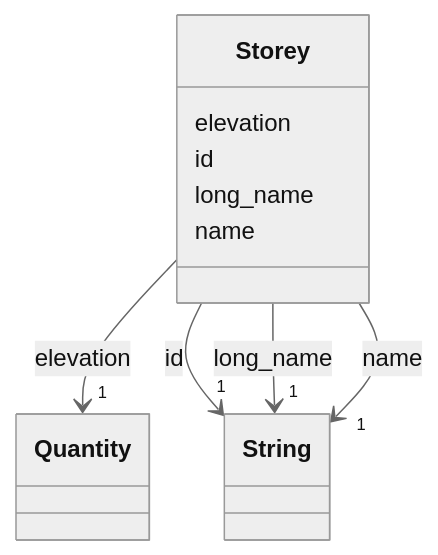
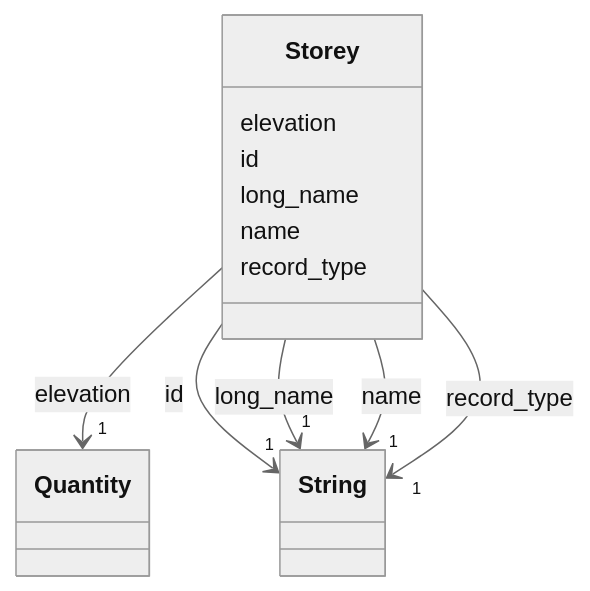
Before and after one commit to maikeljsb/rcpc-schema: the diagram in docs/model/product/Storey.md, drawn with Mermaid (neutral theme). The commit also changed other lines of this file and 41 other files, not shown here.

````diff
--- a/docs/model/product/Storey.md
+++ b/docs/model/product/Storey.md
@@ -23,50 +23,61 @@
 ```mermaid
  classDiagram
     class Storey
     click Storey href "../Storey/"
       Storey : elevation
         
           
     
         
         
         Storey --> "1" Quantity : elevation
         click Quantity href "../Quantity/"
     
 
         
       Storey : id
         
           
     
         
         
         Storey --> "1" String : id
         click String href "../http://www.w3.org/2001/XMLSchema#string/"
     
 
         
       Storey : long_name
         
           
     
         
         
         Storey --> "1" String : long_name
         click String href "../http://www.w3.org/2001/XMLSchema#string/"
     
 
         
       Storey : name
         
           
     
         
         
         Storey --> "1" String : name
         click String href "../http://www.w3.org/2001/XMLSchema#string/"
     
 
         
+      Storey : record_type
+        
+          
+    
+        
+        
+        Storey --> "1" String : record_type
+        click String href "../http://www.w3.org/2001/XMLSchema#string/"
+    
+
+        
       
 ```
````
